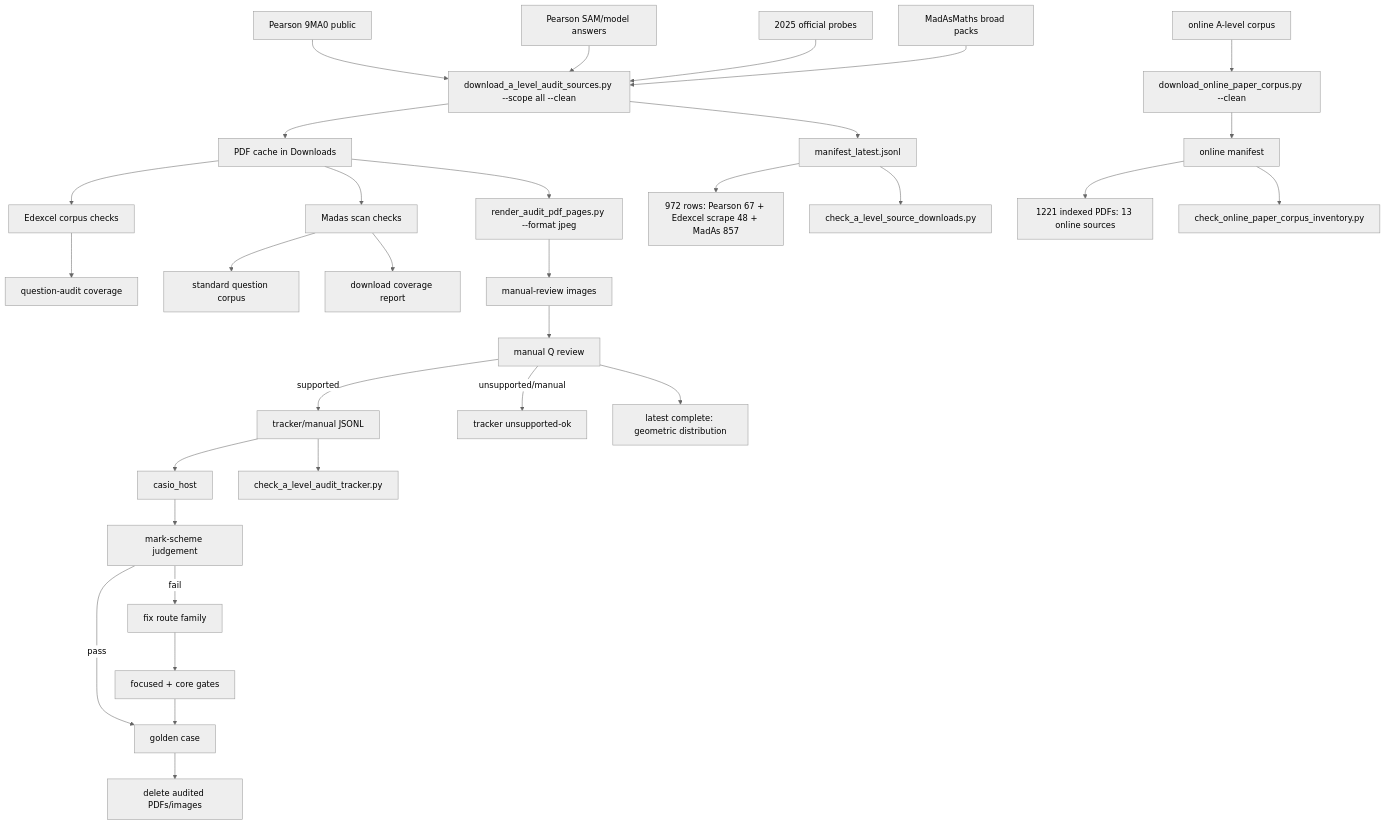
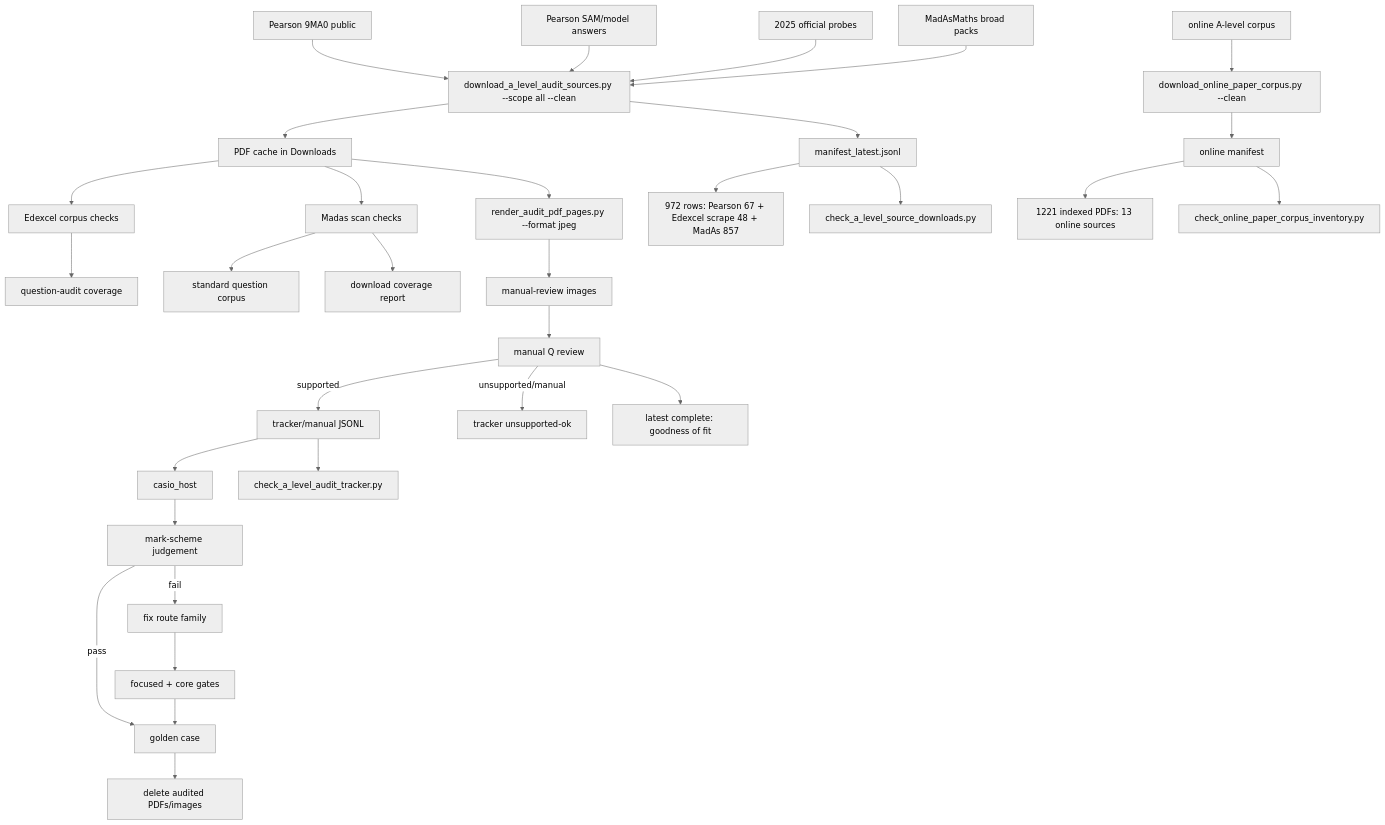
Before and after one commit to james8464/notes-addin-casio-fx-cg50: the diagram in c++/tools/golden/a_level_audit_graph.md, drawn with Mermaid (neutral theme). The commit also changed other lines of this file and 2 other files, not shown here.

Commit message:
Audit goodness of fit booklet

````diff
--- a/c++/tools/golden/a_level_audit_graph.md
+++ b/c++/tools/golden/a_level_audit_graph.md
@@ -3,34 +3,34 @@
 ```mermaid
 graph TD
   E1["Pearson 9MA0 public"] --> D["download_a_level_audit_sources.py --scope all --clean"]
   E2["Pearson SAM/model answers"] --> D
   E3["2025 official probes"] --> D
   M1["MadAsMaths broad packs"] --> D
   O1["online A-level corpus"] --> OD["download_online_paper_corpus.py --clean"]
   D --> P["PDF cache in Downloads"]
   D --> X["manifest_latest.jsonl"]
   OD --> OX["online manifest"]
   X --> XC["972 rows: Pearson 67 + Edexcel scrape 48 + MadAs 857"]
   OX --> OC["1221 indexed PDFs: 13 online sources"]
   X --> V["check_a_level_source_downloads.py"]
   OX --> OV["check_online_paper_corpus_inventory.py"]
   P --> E["Edexcel corpus checks"]
   E --> EQ["question-audit coverage"]
   P --> S["Madas scan checks"]
   S --> M["standard question corpus"]
   S --> MC["download coverage report"]
   P --> R["render_audit_pdf_pages.py --format jpeg"]
   R --> I["manual-review images"]
   I --> Q["manual Q review"]
   Q -->|supported| J["tracker/manual JSONL"]
   Q -->|unsupported/manual| U["tracker unsupported-ok"]
   J --> H["casio_host"]
   J --> K["check_a_level_audit_tracker.py"]
   H --> C["mark-scheme judgement"]
   C -->|pass| G["golden case"]
   C -->|fail| F["fix route family"]
   F --> T["focused + core gates"]
   T --> G
   G --> Z["delete audited PDFs/images"]
-  Q --> QGeom["latest complete: geometric distribution"]
+  Q --> QGOF["latest complete: goodness of fit"]
 ```
````
